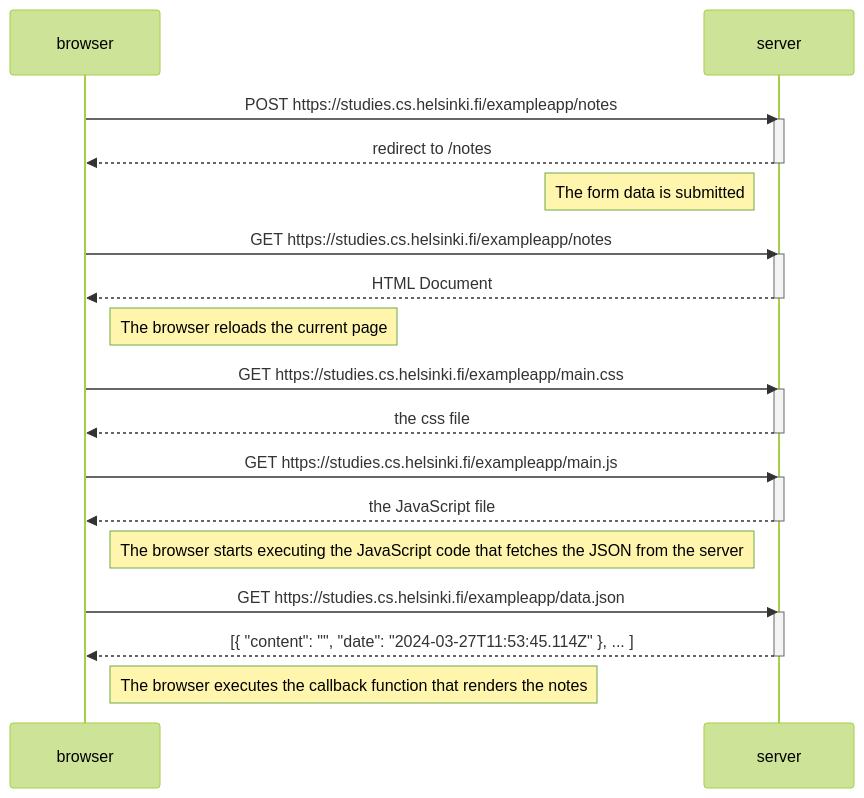
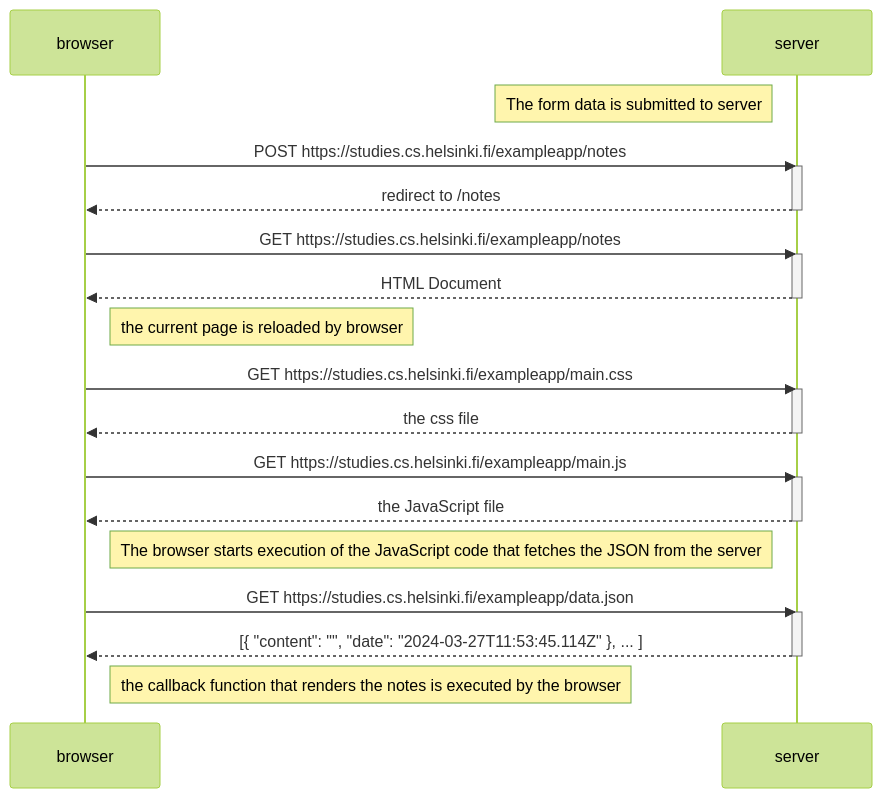
One commit to udaycruise2903/fullstackopen changed the diagram in part 0/0.4-create-note.md. Above: the diagram before and after it, drawn with Mermaid (forest theme). The commit also changed 1 other file, not shown here.

Commit message:
completed part0

````diff
--- a/part 0/0.4-create-note.md
+++ b/part 0/0.4-create-note.md
@@ -1,38 +1,39 @@
 ```mermaid
 sequenceDiagram
     participant browser
     participant server
+
+    Note left of server: The form data is submitted to server
 
     browser->>server: POST https://studies.cs.helsinki.fi/exampleapp/notes
     activate server
     server-->>browser: redirect to /notes
     deactivate server
 
-    Note left of server: The form data is submitted
 
     browser->>server: GET https://studies.cs.helsinki.fi/exampleapp/notes
     activate server
     server-->>browser: HTML Document
     deactivate server
 
-    Note right of browser: The browser reloads the current page
+    Note right of browser: the current page is reloaded by browser
 
     browser->>server: GET https://studies.cs.helsinki.fi/exampleapp/main.css
     activate server
     server-->>browser: the css file
     deactivate server
 
     browser->>server: GET https://studies.cs.helsinki.fi/exampleapp/main.js
     activate server
     server-->>browser: the JavaScript file
     deactivate server
 
-    Note right of browser: The browser starts executing the JavaScript code that fetches the JSON from the server
+    Note right of browser: The browser starts execution of the JavaScript code that fetches the JSON from the server
 
     browser->>server: GET https://studies.cs.helsinki.fi/exampleapp/data.json
     activate server
     server-->>browser: [{ "content": "", "date": "2024-03-27T11:53:45.114Z" }, ... ]
     deactivate server
 
-    Note right of browser: The browser executes the callback function that renders the notes
+    Note right of browser: the callback function that renders the notes is executed by the browser
 ```
````
